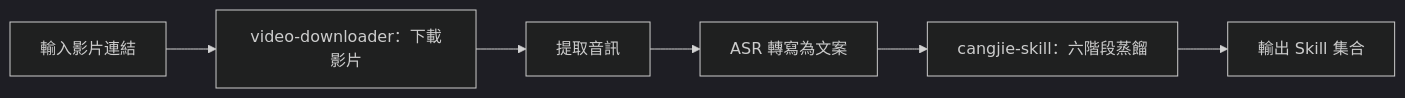
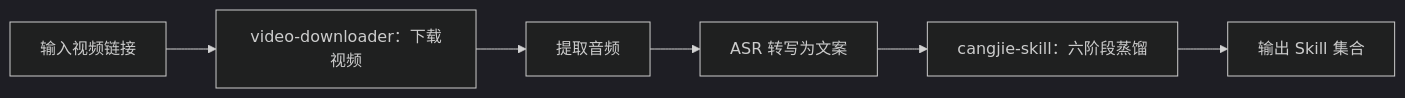
One commit to the-beating-light-of-the-nail/ai-tools-guide-site changed the second of 2 diagrams in docs/zh-tw/workbuddy/adv-build-skill/index.md. Above: the diagram before and after it, drawn with Mermaid (dark theme). The commit also changed other lines of this file and 136 other files, not shown here.

````diff
--- a/docs/zh-tw/workbuddy/adv-build-skill/index.md
+++ b/docs/zh-tw/workbuddy/adv-build-skill/index.md
@@ -119,8 +129,8 @@
 ```mermaid
 flowchart LR
-    A[輸入影片連結] --> B[video-downloader：下載影片]
-    B --> C[提取音訊]
-    C --> D[ASR 轉寫為文案]
-    D --> E[cangjie-skill：六階段蒸餾]
-    E --> F[輸出 Skill 集合]
+    A[输入视频链接] --> B[video-downloader：下载视频]
+    B --> C[提取音频]
+    C --> D[ASR 转写为文案]
+    D --> E[cangjie-skill：六阶段蒸馏]
+    E --> F[输出 Skill 集合]
 ```
````
